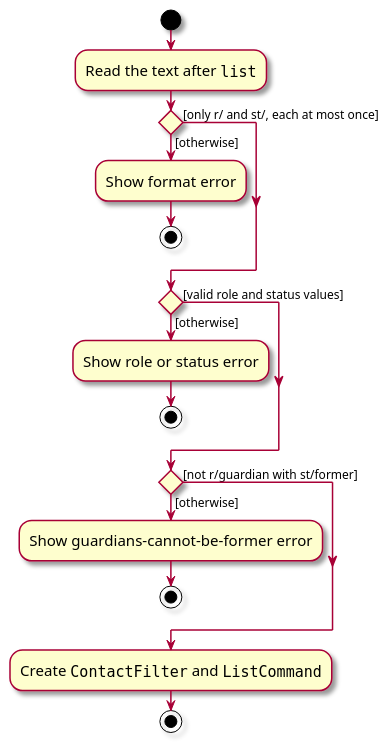
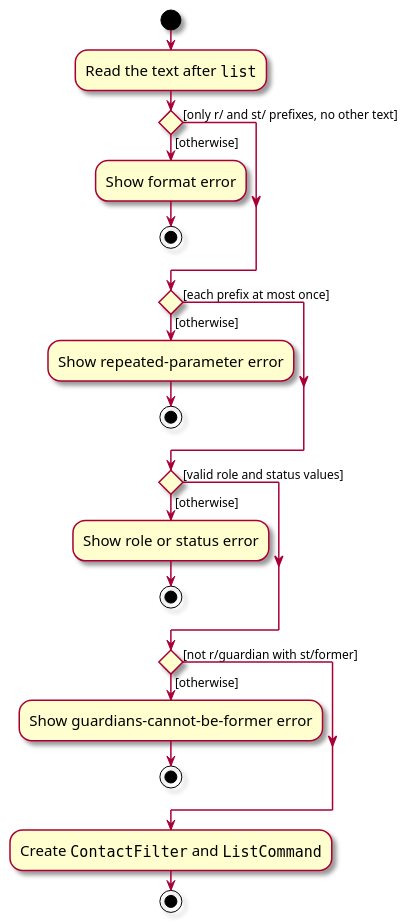
Before and after one commit to AY2627S1-CS2103T-T15-2/tp: the diagram in docs/diagrams/ListParserActivityDiagram.puml, drawn with PlantUML. The commit also changed 2 other files, not shown here.

```diff
--- a/docs/diagrams/ListParserActivityDiagram.puml
+++ b/docs/diagrams/ListParserActivityDiagram.puml
@@ -1,29 +1,35 @@
 @startuml
 skin rose
 skinparam ActivityFontSize 15
 skinparam ArrowFontSize 12
 
 start
 :Read the text after ""list"";
 
-if () then ([only r/ and st/, each at most once])
+if () then ([only r/ and st/ prefixes, no other text])
 else ([otherwise])
     :Show format error;
+    stop
+endif
+
+if () then ([each prefix at most once])
+else ([otherwise])
+    :Show repeated-parameter error;
     stop
 endif
 
 if () then ([valid role and status values])
 else ([otherwise])
     :Show role or status error;
     stop
 endif
 
 if () then ([not r/guardian with st/former])
 else ([otherwise])
     :Show guardians-cannot-be-former error;
     stop
 endif
 
 :Create ""ContactFilter"" and ""ListCommand"";
 stop
 @enduml
```
